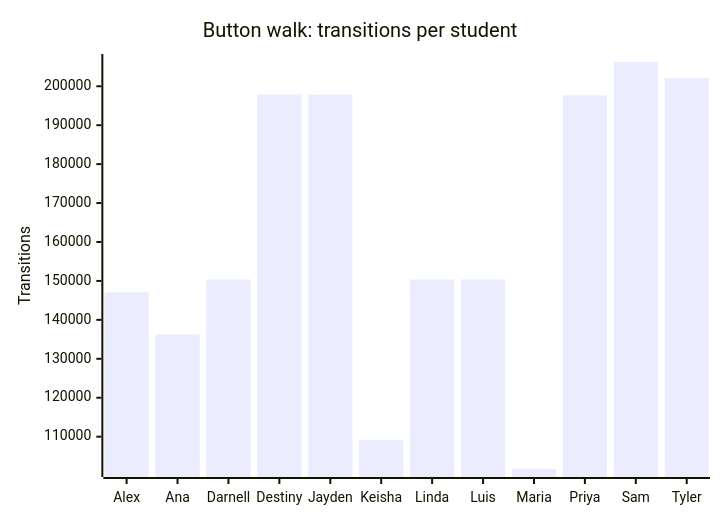
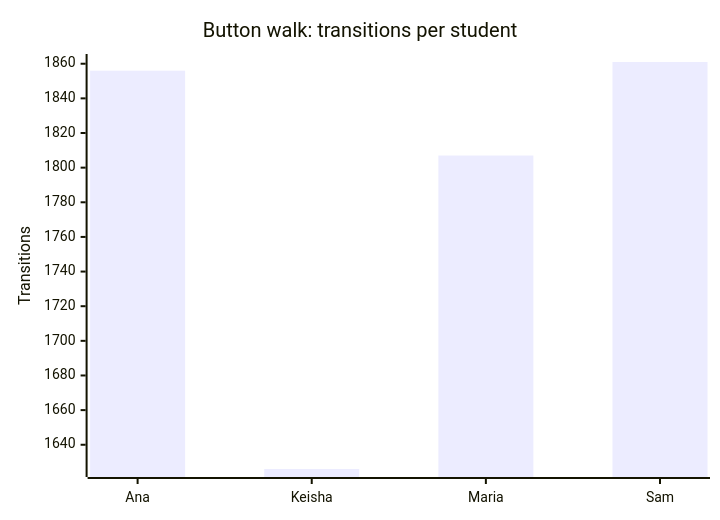
The second of 3 diagrams in docs/testing/coverage.md (russlittle/ZTHR), drawn with Mermaid before and after one commit. The commit also changed other lines of this file and 4 other files, not shown here.

````diff
--- a/docs/testing/coverage.md
+++ b/docs/testing/coverage.md
@@ -33,7 +33,7 @@
 ```mermaid
 xychart-beta
   title "Button walk: transitions per student"
-  x-axis ["Alex", "Ana", "Darnell", "Destiny", "Jayden", "Keisha", "Linda", "Luis", "Maria", "Priya", "Sam", "Tyler"]
+  x-axis ["Ana", "Keisha", "Maria", "Sam"]
   y-axis "Transitions"
-  bar [147068, 136268, 150380, 197876, 197876, 109196, 150380, 150380, 101696, 197684, 206228, 202100]
+  bar [1856, 1626, 1807, 1861]
 ```
````
